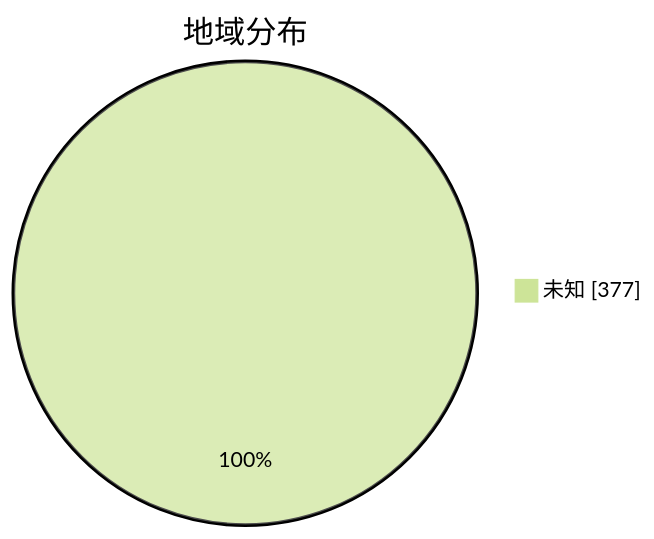
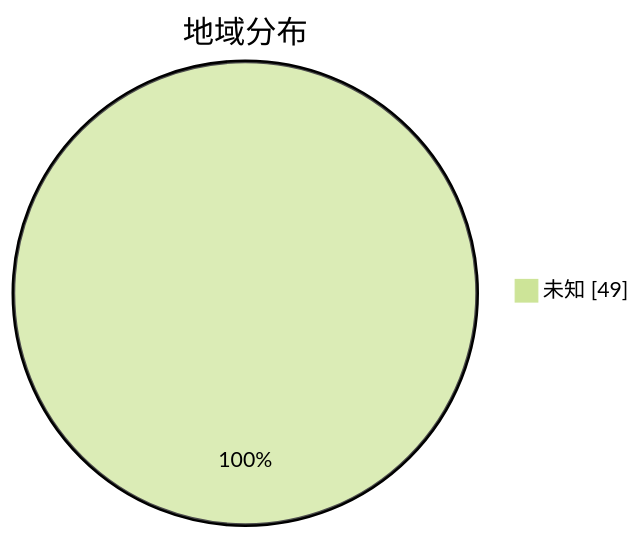
One commit to qjlxg/airport changed the second of 3 diagrams in subs/statistics/tested_within.md. Above: the diagram before and after it, drawn with Mermaid (forest theme). The commit also changed other lines of this file and 2 other files, not shown here.

````diff
--- a/subs/statistics/tested_within.md
+++ b/subs/statistics/tested_within.md
@@ -14,5 +10,5 @@
 ```mermaid
 pie showData
 title 地域分布
-"未知" : 377
+"未知" : 49
 ```
````
